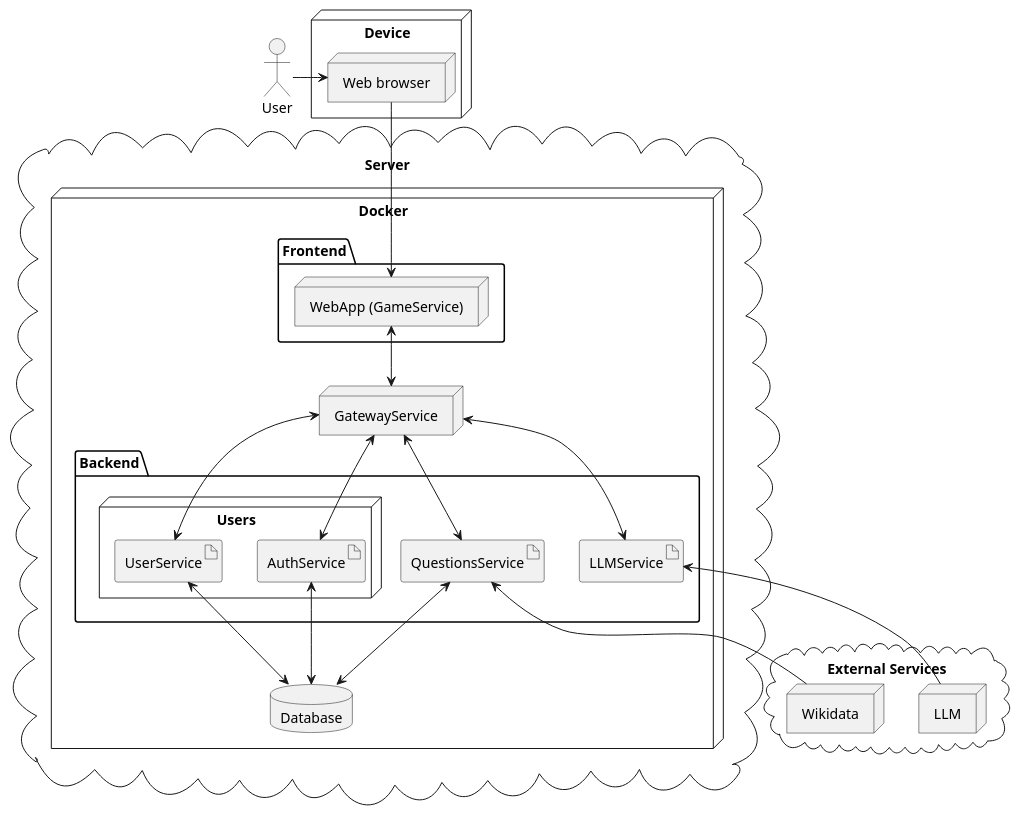
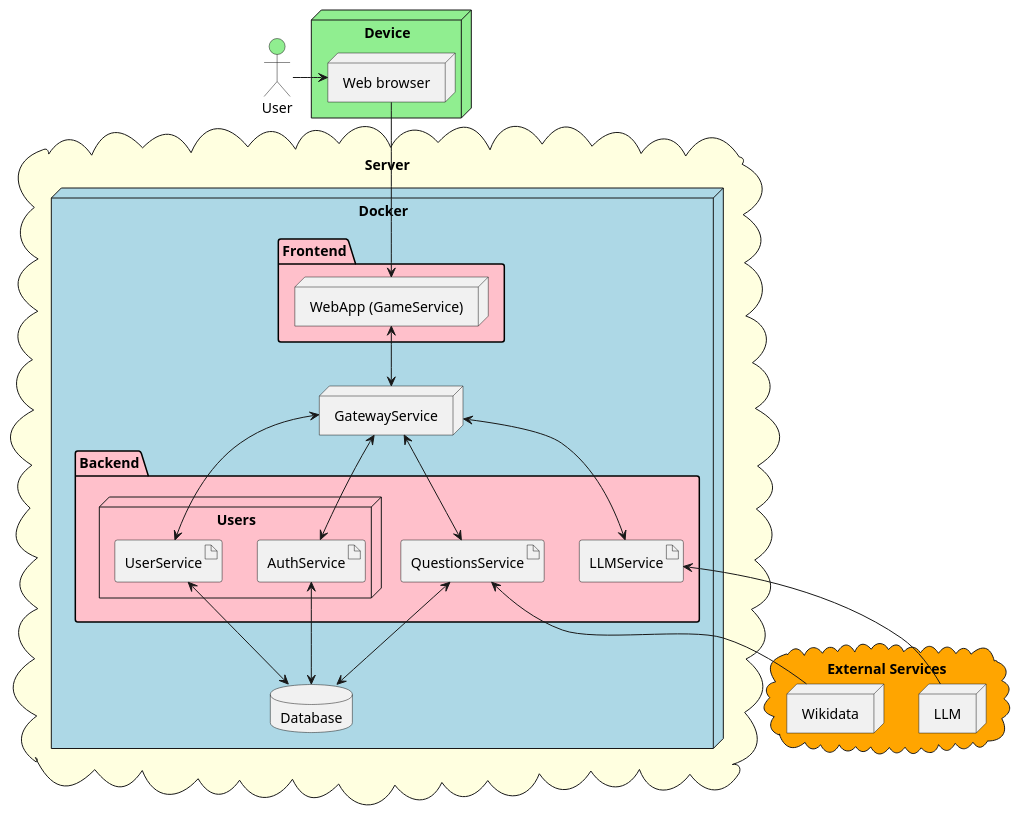
Before and after one commit to Arquisoft/wichat_en3b: the third of 3 diagrams in docs/src/05_building_block_view.adoc, drawn with PlantUML.

Commit message:
Adding colors to diagrams

```diff
--- a/docs/src/05_building_block_view.adoc
+++ b/docs/src/05_building_block_view.adoc
@@ -193,53 +193,53 @@
 [plantuml]
 ----
 @startuml
 top to bottom direction
 
 skinparam nodeStyle rectangle
 skinparam artifactStyle rectangle
 skinparam databaseStyle cylinder
 
-actor "User" as user
+actor "User" as user #lightgreen
 
-node "Device" as browser {
+node "Device" as browser #lightgreen {
   node "Web browser" as wb
 }
 
-cloud "Server" as server {
-  node "Docker" as docker {
-    folder "Frontend" as frontend {
+cloud "Server" as server #lightyellow {
+  node "Docker" as docker #lightblue {
+    folder "Frontend" as frontend #pink {
       node "WebApp (GameService)" as Web
     }
     node "GatewayService" as Gateway
-      folder "Backend" as backend {
+      folder "Backend" as backend #pink {
         node "Users" as users {
           artifact "AuthService" as Auth
           artifact "UserService" as User
         }
         artifact "LLMService" as LLMSvc
         artifact "QuestionsService" as QnA
       } 
     database "Database" as DB
   }
 }
 
-cloud "External Services" as ext {
+cloud "External Services" as ext #orange {
   node "LLM" as LLM
   node "Wikidata" as Wikidata
 }
 
 user -right-> wb
 wb --> Web
 Web <--> Gateway
 Auth <--> DB
 Gateway <--> LLMSvc
 Gateway <--> QnA
 Gateway <--> Auth
 Gateway <--> User
 LLMSvc <-- LLM
 QnA <-- Wikidata
 QnA <--> DB
 User <--> DB
 
 @enduml
 ----
```
